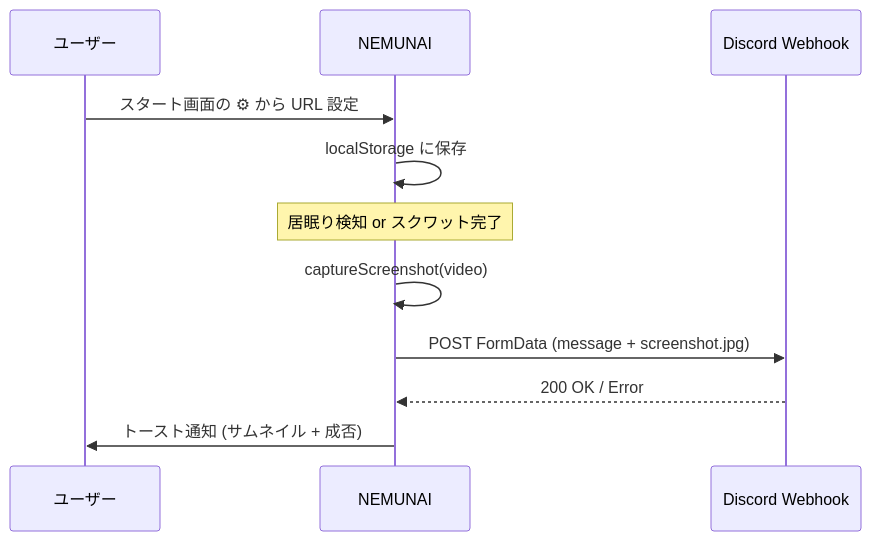
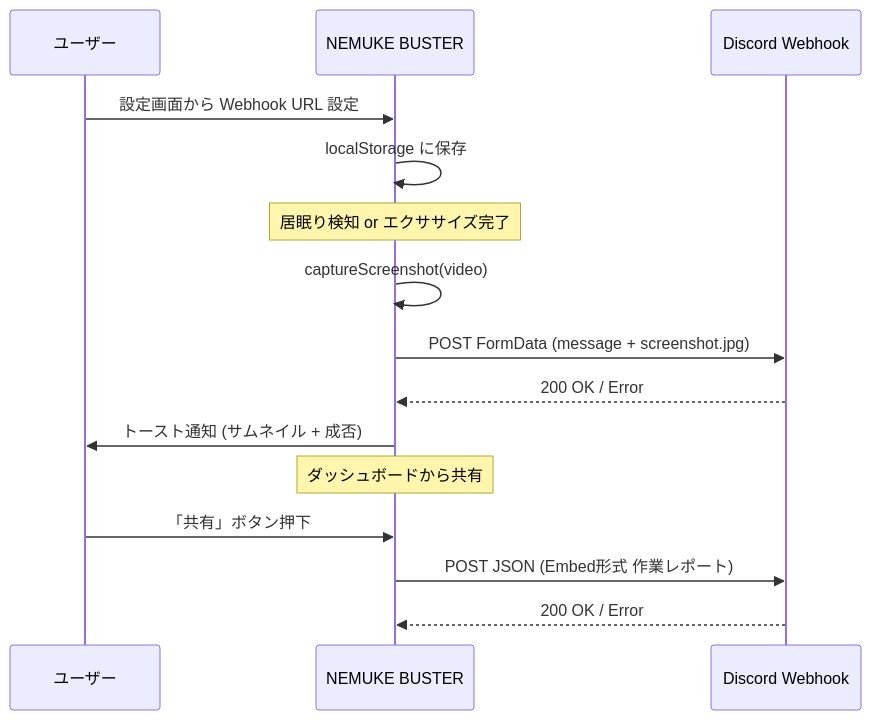
One commit to Raptor-zip/KOSENJIN-Hackathon-2026 changed the fifth of 5 diagrams in README.md. Above: the diagram before and after it, drawn with Mermaid. The commit also changed other lines of this file and 8 other files, not shown here.

````diff
--- a/README.md
+++ b/README.md
@@ -92,15 +144,20 @@
 ```mermaid
 sequenceDiagram
     participant U as ユーザー
-    participant App as NEMUNAI
+    participant App as NEMUKE BUSTER
     participant D as Discord Webhook
 
-    U->>App: スタート画面の ⚙ から URL 設定
+    U->>App: 設定画面から Webhook URL 設定
     App->>App: localStorage に保存
 
-    Note over App: 居眠り検知 or スクワット完了
+    Note over App: 居眠り検知 or エクササイズ完了
     App->>App: captureScreenshot(video)
     App->>D: POST FormData (message + screenshot.jpg)
     D-->>App: 200 OK / Error
     App->>U: トースト通知 (サムネイル + 成否)
+
+    Note over App: ダッシュボードから共有
+    U->>App: 「共有」ボタン押下
+    App->>D: POST JSON (Embed形式 作業レポート)
+    D-->>App: 200 OK / Error
 ```
````
